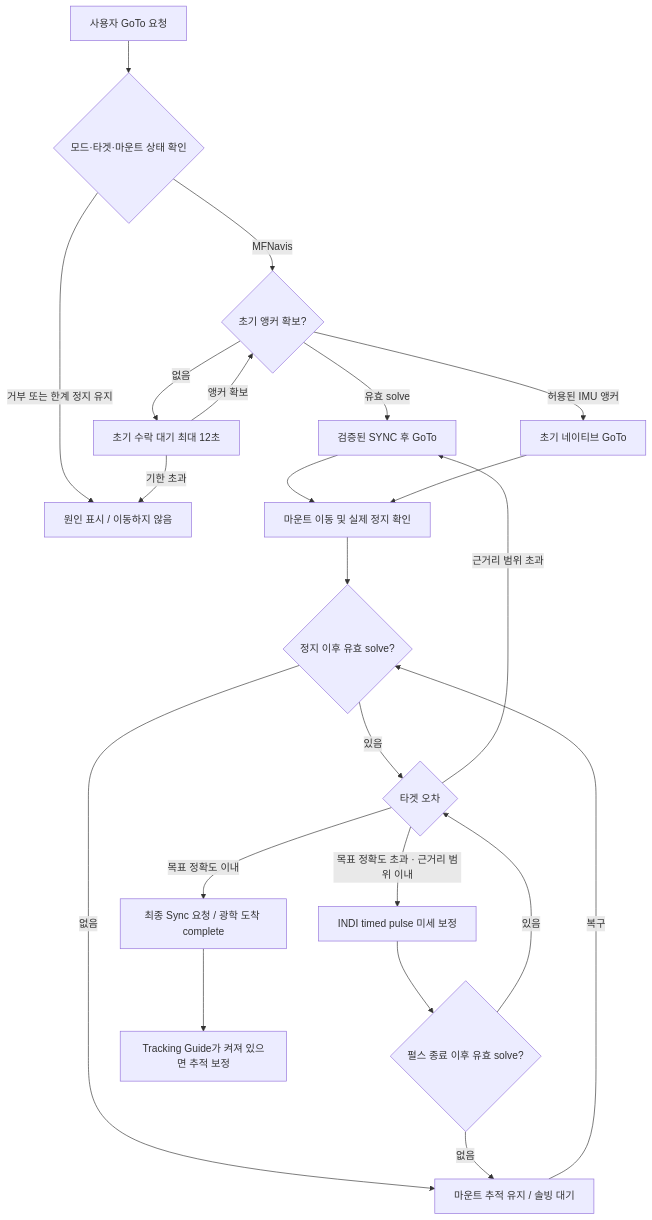
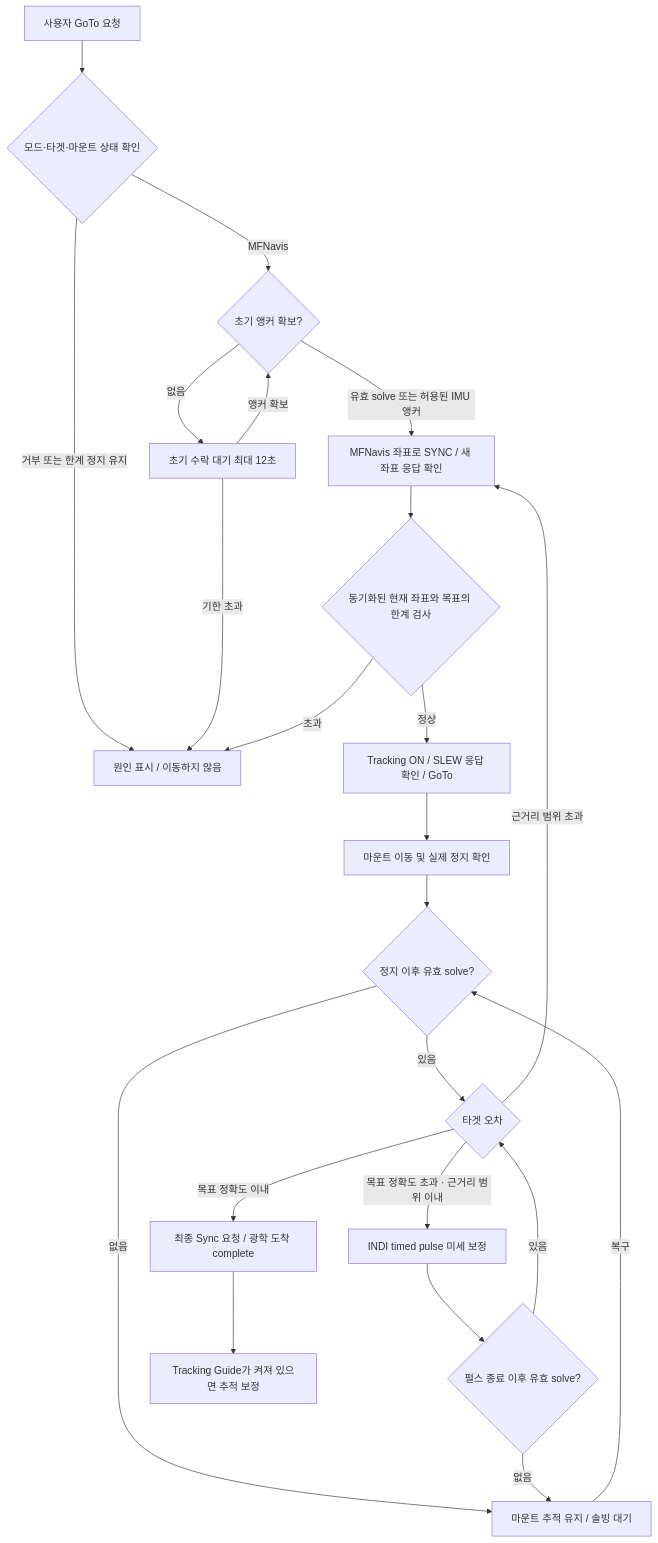
The first of 3 diagrams in docs/mf_dev/mount_control_ko.md (hjoungjoo/MFNavis), drawn with Mermaid before and after one commit. The commit also changed other lines of this file and 6 other files, not shown here.

````diff
--- a/docs/mf_dev/mount_control_ko.md
+++ b/docs/mf_dev/mount_control_ko.md
@@ -52,24 +52,25 @@
 ```mermaid
 flowchart TD
     A[사용자 GoTo 요청] --> B{모드·타겟·마운트 상태 확인}
     B -->|거부 또는 한계 정지 유지| R[원인 표시 / 이동하지 않음]
     B -->|MFNavis| C{초기 앵커 확보?}
-    C -->|유효 solve| D[검증된 SYNC 후 GoTo]
-    C -->|허용된 IMU 앵커| N[초기 네이티브 GoTo]
+    C -->|유효 solve 또는 허용된 IMU 앵커| D[MFNavis 좌표로 SYNC / 새 좌표 응답 확인]
     C -->|없음| I[초기 수락 대기 최대 12초]
     I -->|앵커 확보| C
     I -->|기한 초과| R
-    D --> E[마운트 이동 및 실제 정지 확인]
-    N --> E
+    D --> L{동기화된 현재 좌표와 목표의 한계 검사}
+    L -->|초과| R
+    L -->|정상| N[Tracking ON / SLEW 응답 확인 / GoTo]
+    N --> E[마운트 이동 및 실제 정지 확인]
     E --> F{정지 이후 유효 solve?}
     F -->|없음| W[마운트 추적 유지 / 솔빙 대기]
     W -->|복구| F
     F -->|있음| G{타겟 오차}
     G -->|목표 정확도 이내| H[최종 Sync 요청 / 광학 도착 complete]
     G -->|목표 정확도 초과 · 근거리 범위 이내| P[INDI timed pulse 미세 보정]
     G -->|근거리 범위 초과| D
     P --> Q{펄스 종료 이후 유효 solve?}
     Q -->|없음| W
     Q -->|있음| G
     H --> T[Tracking Guide가 켜져 있으면 추적 보정]
 ```
````
